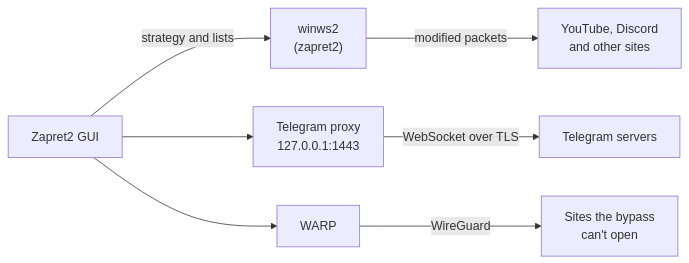
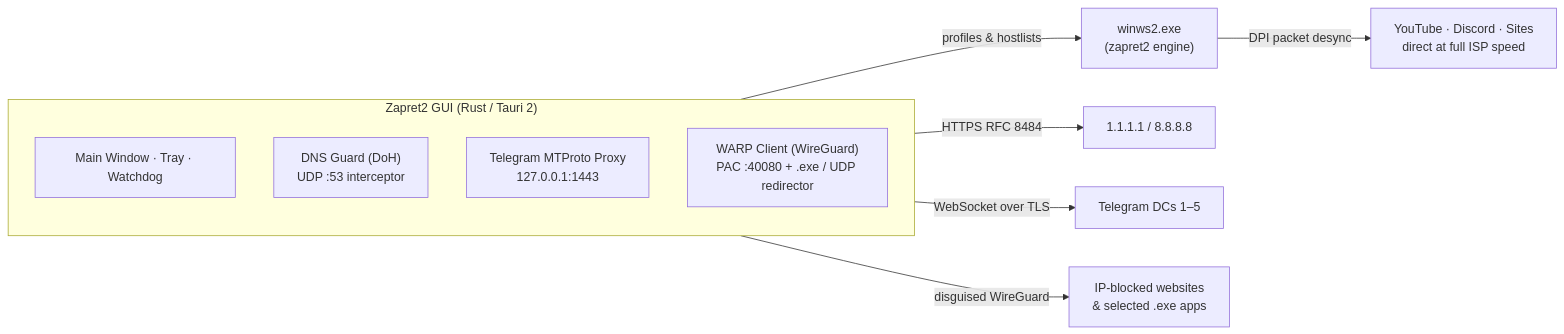
The diagram in README.en.md (raiyaxkrash/zapret2-rust), drawn with Mermaid before and after one commit. The commit also changed other lines of this file and 34 other files, not shown here.

Commit message:
Zapret2 GUI: защита DNS (DoH), WARP для .exe и UDP, горячие клавиши, бэкапы, portable и обновлённый README

````diff
--- a/README.en.md
+++ b/README.en.md
@@ -164,9 +152,16 @@
 ```mermaid
 flowchart LR
-    A["Zapret2 GUI"] -->|strategy and lists| B["winws2<br/>(zapret2)"]
-    B -->|modified packets| C["YouTube, Discord<br/>and other sites"]
-    A --> D["Telegram proxy<br/>127.0.0.1:1443"]
-    D -->|WebSocket over TLS| E["Telegram servers"]
-    A --> F["WARP"]
-    F -->|WireGuard| G["Sites the bypass<br/>can't open"]
+    subgraph App["Zapret2 GUI (Rust / Tauri 2)"]
+        direction TB
+        UI["Main Window · Tray · Watchdog"]
+        DOH["DNS Guard (DoH)<br/>UDP :53 interceptor"]
+        TG["Telegram MTProto Proxy<br/>127.0.0.1:1443"]
+        WARP["WARP Client (WireGuard)<br/>PAC :40080 + .exe / UDP redirector"]
+    end
+
+    UI -->|profiles & hostlists| WINWS["winws2.exe<br/>(zapret2 engine)"]
+    DOH -->|HTTPS RFC 8484| CF_DNS["1.1.1.1 / 8.8.8.8"]
+    WINWS -->|DPI packet desync| DIRECT["YouTube · Discord · Sites<br/>direct at full ISP speed"]
+    TG -->|WebSocket over TLS| TG_DC["Telegram DCs 1–5"]
+    WARP -->|disguised WireGuard| BLOCKED["IP-blocked websites<br/>& selected .exe apps"]
 ```
````
